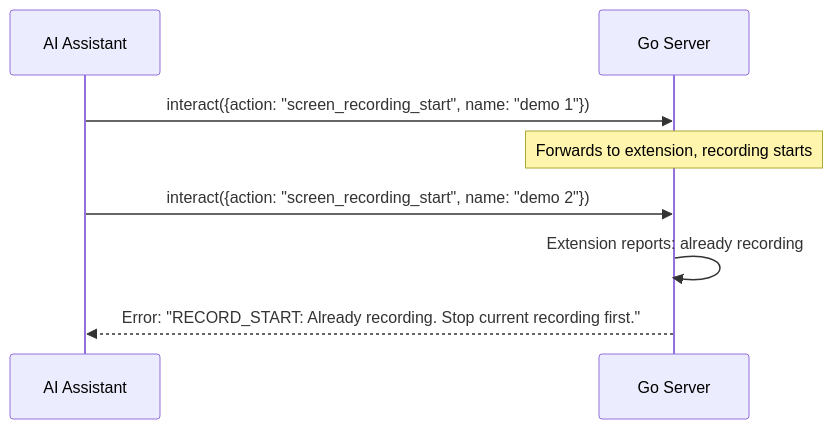
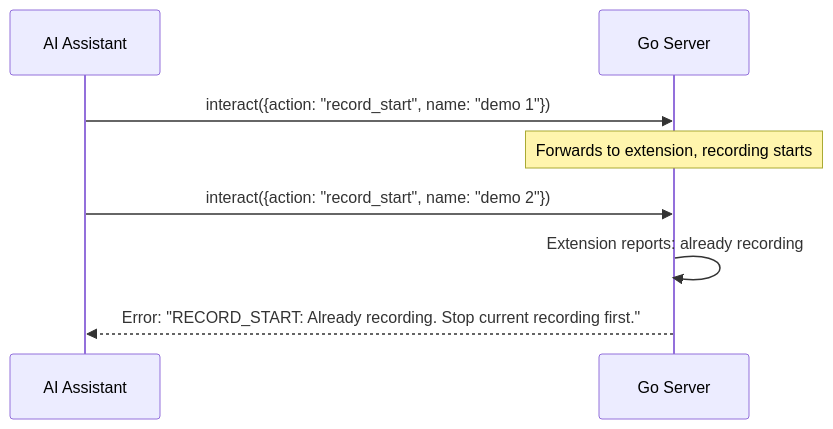
Before and after one commit to brennhill/gasoline-mcp-ai-devtools: the seventh of 10 diagrams in docs/features/feature/tab-recording/tech-spec.md, drawn with Mermaid. The commit also changed other lines of this file and 3387 other files, not shown here.

````diff
--- a/docs/features/feature/tab-recording/tech-spec.md
+++ b/docs/features/feature/tab-recording/tech-spec.md
@@ -537,11 +535,11 @@
 ```mermaid
 sequenceDiagram
     participant AI as AI Assistant
     participant Server as Go Server
 
-    AI->>Server: interact({action: "screen_recording_start", name: "demo 1"})
+    AI->>Server: interact({action: "record_start", name: "demo 1"})
     Note over Server: Forwards to extension, recording starts
-    AI->>Server: interact({action: "screen_recording_start", name: "demo 2"})
+    AI->>Server: interact({action: "record_start", name: "demo 2"})
     Server->>Server: Extension reports: already recording
     Server-->>AI: Error: "RECORD_START: Already recording. Stop current recording first."
 ```
````
